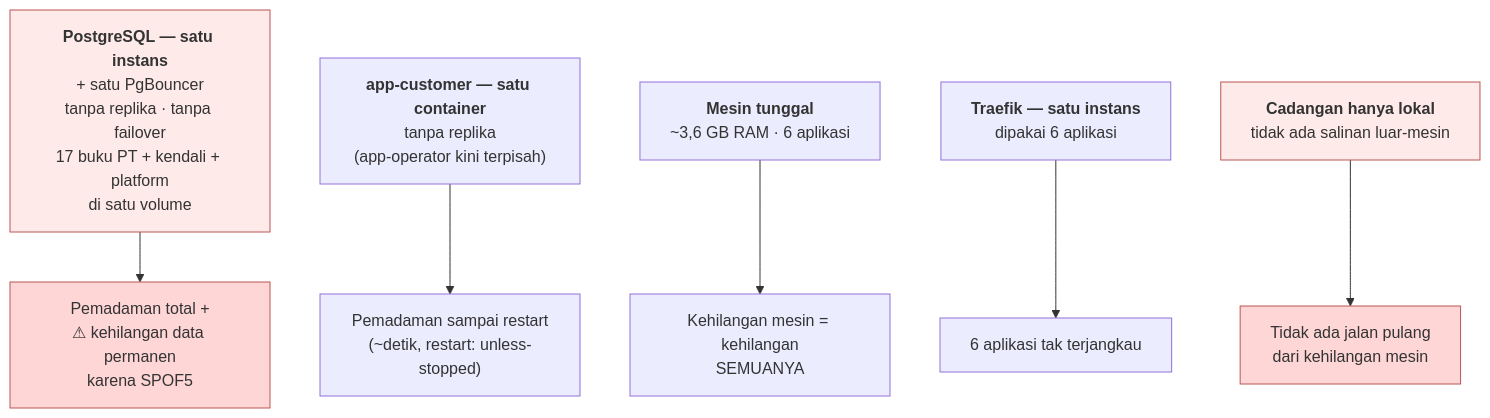
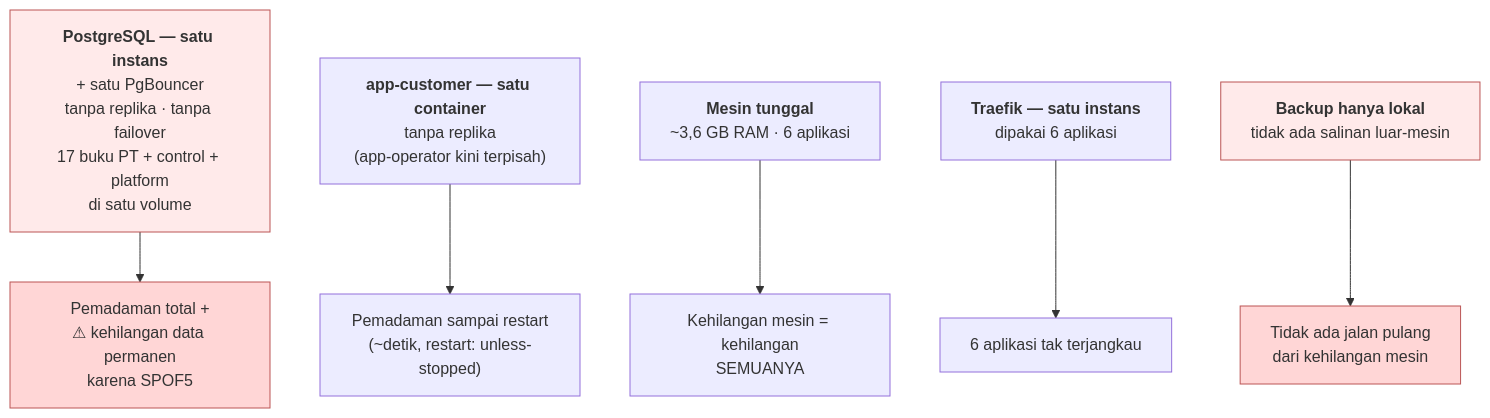
Before and after one commit to tri-evendi/sai-accounting: the fourth of 4 diagrams in docs/arsitektur/04-DEPENDENSI-INTEGRASI.md, drawn with Mermaid. The commit also changed other lines of this file and 31 other files, not shown here.

````diff
--- a/docs/arsitektur/04-DEPENDENSI-INTEGRASI.md
+++ b/docs/arsitektur/04-DEPENDENSI-INTEGRASI.md
@@ -280,19 +280,19 @@
 ```mermaid
 graph TD
-    SPOF1["<b>PostgreSQL — satu instans</b><br/>+ satu PgBouncer<br/>tanpa replika · tanpa failover<br/>17 buku PT + kendali + platform<br/>di satu volume"]
+    SPOF1["<b>PostgreSQL — satu instans</b><br/>+ satu PgBouncer<br/>tanpa replika · tanpa failover<br/>17 buku PT + control + platform<br/>di satu volume"]
     SPOF2["<b>app-customer — satu container</b><br/>tanpa replika<br/>(app-operator kini terpisah)"]
     SPOF3["<b>Mesin tunggal</b><br/>~3,6 GB RAM · 6 aplikasi"]
     SPOF4["<b>Traefik — satu instans</b><br/>dipakai 6 aplikasi"]
-    SPOF5["<b>Cadangan hanya lokal</b><br/>tidak ada salinan luar-mesin"]
+    SPOF5["<b>Backup hanya lokal</b><br/>tidak ada salinan luar-mesin"]
 
     SPOF1 --> I1["Pemadaman total +<br/>⚠ kehilangan data permanen<br/>karena SPOF5"]
     SPOF2 --> I2["Pemadaman sampai restart<br/>(~detik, restart: unless-stopped)"]
     SPOF3 --> I3["Kehilangan mesin = kehilangan<br/>SEMUANYA"]
     SPOF4 --> I4["6 aplikasi tak terjangkau"]
     SPOF5 --> I5["Tidak ada jalan pulang<br/>dari kehilangan mesin"]
 
     style SPOF1 fill:#ffeaea,stroke:#b55
     style SPOF5 fill:#ffeaea,stroke:#b55
     style I1 fill:#ffd6d6,stroke:#b55
     style I5 fill:#ffd6d6,stroke:#b55
 ```
````
